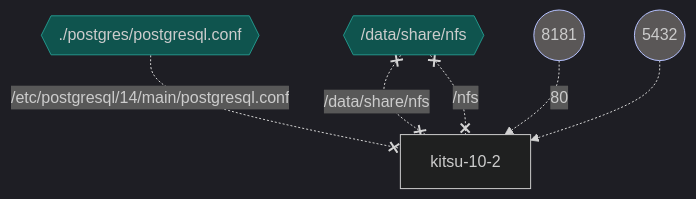
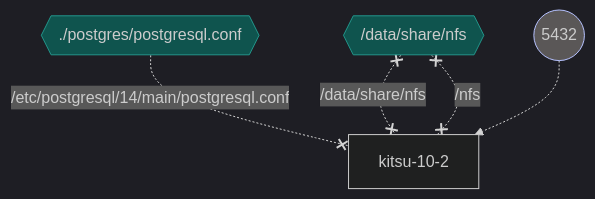
One commit to michimussato/OpenStudioLandscapes changed the diagram in 10.2/mermaid/kitus-docker.mermaid. Above: the diagram before and after it, drawn with Mermaid. The commit also changed 5 other files, not shown here.

```diff
--- a/10.2/mermaid/kitus-docker.mermaid
+++ b/10.2/mermaid/kitus-docker.mermaid
@@ -1,12 +1,11 @@
 %%{init: {'theme': 'dark'}}%%
 flowchart TB
   Vpostgrespostgresqlconf{{"./postgres/postgresql.conf"}} -. "/etc/postgresql/14/main/postgresql.conf" .-x kitsu102[kitsu-10-2]
   Vdatasharenfs{{/data/share/nfs}} x-. /data/share/nfs .-x kitsu102
   Vdatasharenfs x-. /nfs .-x kitsu102
-  P0((8181)) -. 80 .-> kitsu102
-  P1((5432)) -.-> kitsu102
+  P0((5432)) -.-> kitsu102
 
   classDef volumes fill:#0f544e,stroke:#23968b
   class Vpostgrespostgresqlconf,Vdatasharenfs,Vdatasharenfs volumes
   classDef ports fill:#5a5757,stroke:#b6c2ff
-  class P0,P1 ports
+  class P0 ports
```
